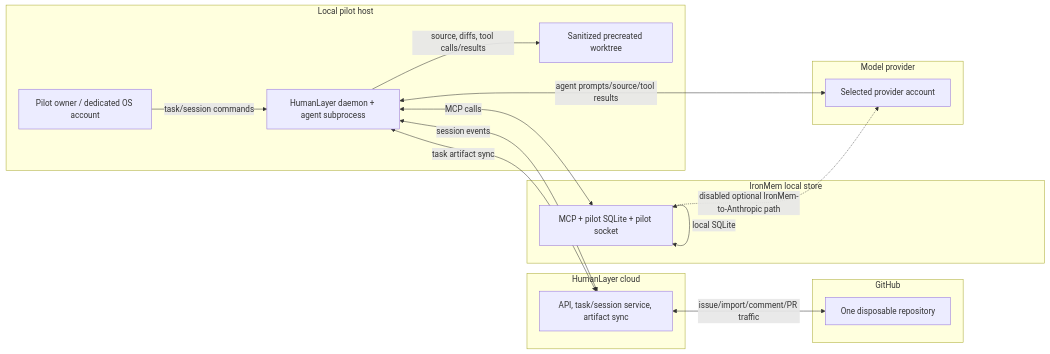
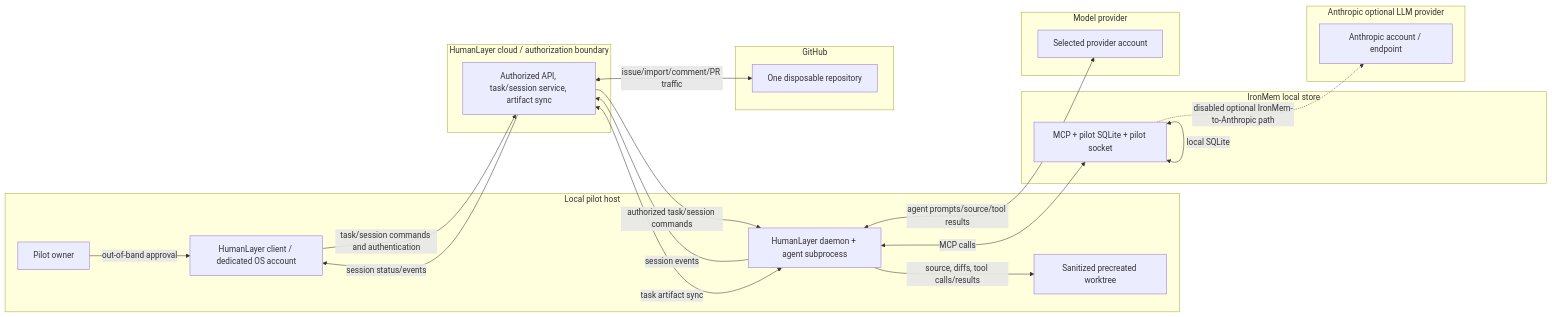
The diagram in docs/HUMANLAYER_THREAT_MODEL.md (ironrace/ironmem), drawn with Mermaid before and after one commit. The commit also changed other lines of this file, not shown here.

Commit message:
docs(security): tighten HumanLayer pilot gates

````diff
--- a/docs/HUMANLAYER_THREAT_MODEL.md
+++ b/docs/HUMANLAYER_THREAT_MODEL.md
@@ -46,29 +46,36 @@
 ```mermaid
 flowchart LR
   subgraph H[Local pilot host]
-    P[Pilot owner / dedicated OS account]
+    P[Pilot owner]
+    CL[HumanLayer client / dedicated OS account]
     D[HumanLayer daemon + agent subprocess]
     W[Sanitized precreated worktree]
-    P -->|task/session commands| D
+    P -->|out-of-band approval| CL
     D -->|source, diffs, tool calls/results| W
   end
-  subgraph C[HumanLayer cloud]
-    API[API, task/session service, artifact sync]
+  subgraph C[HumanLayer cloud / authorization boundary]
+    API[Authorized API, task/session service, artifact sync]
   end
   subgraph G[GitHub]
     R[One disposable repository]
   end
   subgraph I[IronMem local store]
     M[MCP + pilot SQLite + pilot socket]
   end
   subgraph MP[Model provider]
     X[Selected provider account]
   end
-  D <-->|session events| API
+  subgraph AP[Anthropic optional LLM provider]
+    A[Anthropic account / endpoint]
+  end
+  CL -->|task/session commands and authentication| API
+  API -->|authorized task/session commands| D
+  D -->|session events| API
+  API -->|session status/events| CL
   D <-->|task artifact sync| API
   API <-->|issue/import/comment/PR traffic| R
   D <-->|agent prompts/source/tool results| X
   D <-->|MCP calls| M
   M <-->|local SQLite| M
-  M -. disabled optional IronMem-to-Anthropic path .-> X
+  M -. disabled optional IronMem-to-Anthropic path .-> A
 ```
````
